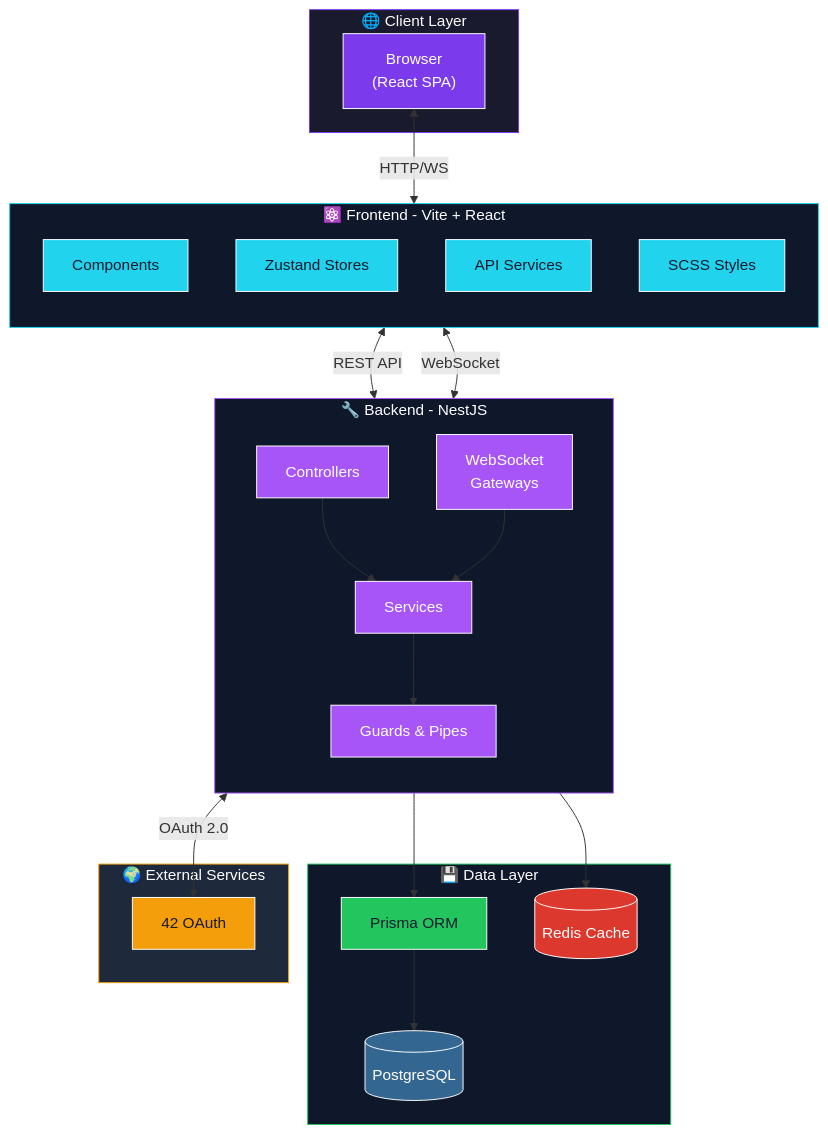
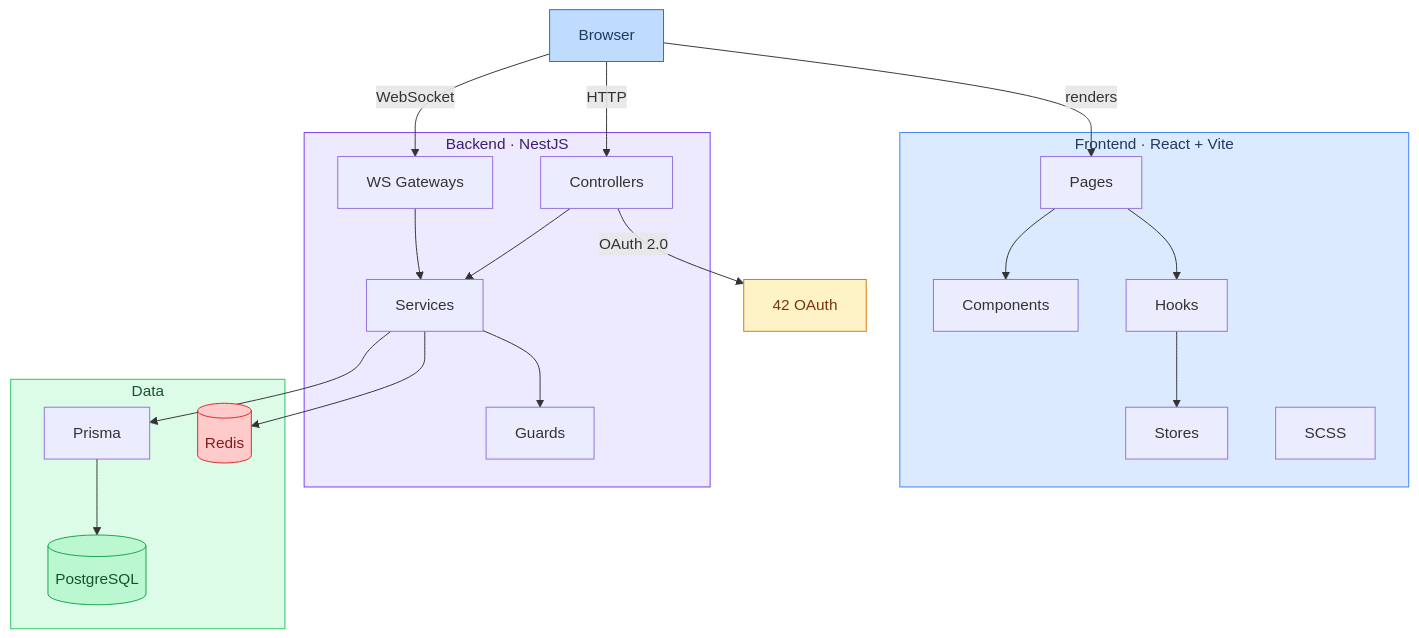
Before and after one commit to Univers42/transcendance: the first of 13 diagrams in CONTRIBUTING.md, drawn with Mermaid. The commit also changed other lines of this file, not shown here.

````diff
--- a/CONTRIBUTING.md
+++ b/CONTRIBUTING.md
@@ -85,62 +66,49 @@
 ```mermaid
-flowchart TB
-    subgraph Client["🌐 Client Layer"]
-        Browser["Browser\n(React SPA)"]
-    end
-    
-    subgraph Frontend["⚛️ Frontend - Vite + React"]
-        direction TB
-        Components["Components"]
-        Stores["Zustand Stores"]
-        Services["API Services"]
-        Styles["SCSS Styles"]
-    end
-    
-    subgraph Backend["🔧 Backend - NestJS"]
-        direction TB
-        Controllers["Controllers"]
-        ServicesB["Services"]
-        Guards["Guards & Pipes"]
-        Gateways["WebSocket\nGateways"]
-    end
-    
-    subgraph Data["💾 Data Layer"]
-        Prisma["Prisma ORM"]
-        PostgreSQL[("PostgreSQL")]
-        Redis[("Redis Cache")]
-    end
-    
-    subgraph External["🌍 External Services"]
-        OAuth["42 OAuth"]
+graph TB
+    Browser["Browser"]
+
+    subgraph FE["Frontend · React + Vite"]
+        Pages["Pages"]
+        Comps["Components"]
+        Hooks["Hooks"]
+        Stores["Stores"]
+        SCSS["SCSS"]
     end
 
-    Browser <-->|"HTTP/WS"| Frontend
-    Frontend <-->|"REST API"| Controllers
-    Frontend <-->|"WebSocket"| Gateways
-    Controllers --> ServicesB
-    ServicesB --> Guards
-    ServicesB --> Prisma
-    Gateways --> ServicesB
-    Prisma --> PostgreSQL
-    ServicesB --> Redis
-    Controllers <-->|"OAuth 2.0"| OAuth
+    subgraph BE["Backend · NestJS"]
+        Ctrl["Controllers"]
+        Svc["Services"]
+        Guard["Guards"]
+        GW["WS Gateways"]
+    end
 
-    style Client fill:#1a1a2e,stroke:#7c3aed,color:#fff
-    style Frontend fill:#0f172a,stroke:#22d3ee,color:#fff
-    style Backend fill:#0f172a,stroke:#a855f7,color:#fff
-    style Data fill:#0f172a,stroke:#22c55e,color:#fff
-    style External fill:#1e293b,stroke:#f59e0b,color:#fff
-    style Browser fill:#7c3aed,stroke:#fff,color:#fff
-    style Components fill:#22d3ee,stroke:#fff,color:#1a1a2e
-    style Stores fill:#22d3ee,stroke:#fff,color:#1a1a2e
-    style Services fill:#22d3ee,stroke:#fff,color:#1a1a2e
-    style Styles fill:#22d3ee,stroke:#fff,color:#1a1a2e
-    style Controllers fill:#a855f7,stroke:#fff,color:#fff
-    style ServicesB fill:#a855f7,stroke:#fff,color:#fff
-    style Guards fill:#a855f7,stroke:#fff,color:#fff
-    style Gateways fill:#a855f7,stroke:#fff,color:#fff
-    style Prisma fill:#22c55e,stroke:#fff,color:#1a1a2e
-    style PostgreSQL fill:#336791,stroke:#fff,color:#fff
-    style Redis fill:#dc382d,stroke:#fff,color:#fff
-    style OAuth fill:#f59e0b,stroke:#fff,color:#1a1a2e
+    subgraph DB["Data"]
+        Prisma["Prisma"]
+        PG[("PostgreSQL")]
+        RD[("Redis")]
+    end
+
+    OAuth42["42 OAuth"]
+
+    Browser -- "HTTP" --> Ctrl
+    Browser -- "WebSocket" --> GW
+    Browser -- "renders" --> Pages
+    Pages --> Comps
+    Pages --> Hooks
+    Hooks --> Stores
+    Ctrl --> Svc
+    GW --> Svc
+    Svc --> Guard
+    Svc --> Prisma
+    Prisma --> PG
+    Svc --> RD
+    Ctrl -- "OAuth 2.0" --> OAuth42
+
+    style FE fill:#dbeafe,stroke:#3b82f6,color:#1e3a5f
+    style BE fill:#ede9fe,stroke:#7c3aed,color:#3b1f6e
+    style DB fill:#dcfce7,stroke:#22c55e,color:#14532d
+    style Browser fill:#bfdbfe,stroke:#2563eb,color:#1e3a5f
+    style OAuth42 fill:#fef3c7,stroke:#d97706,color:#78350f
+    style PG fill:#bbf7d0,stroke:#16a34a,color:#14532d
+    style RD fill:#fecaca,stroke:#dc2626,color:#7f1d1d
 ```
````
